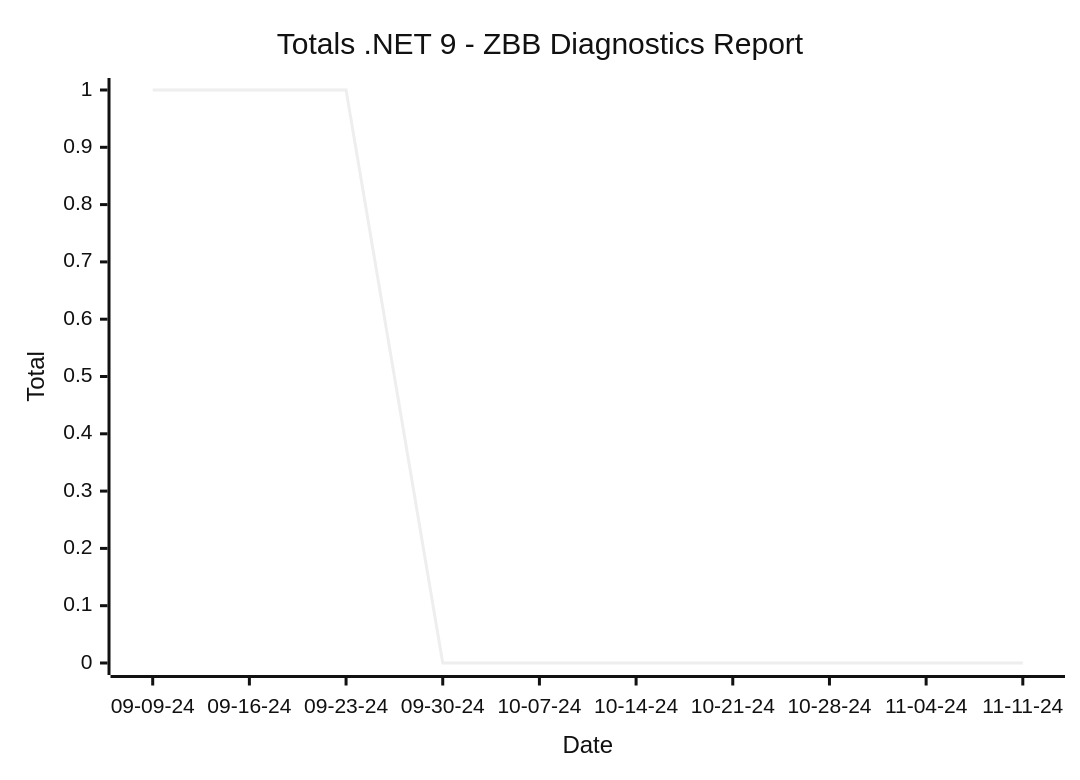
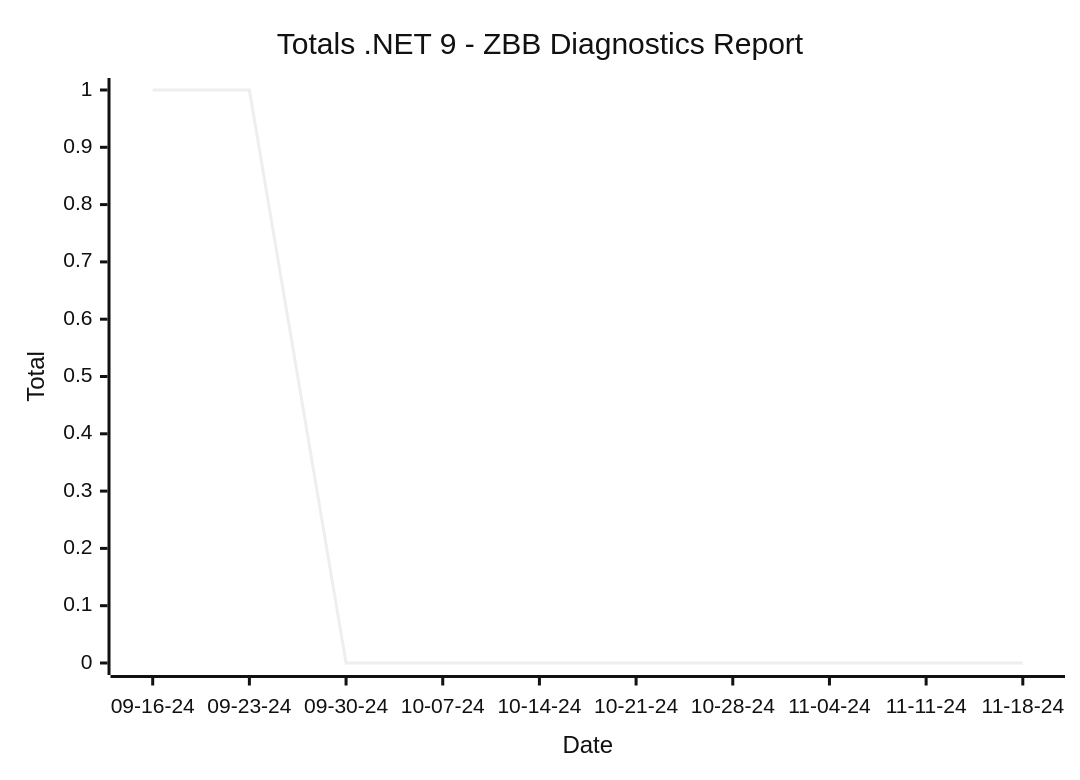
The second of 2 diagrams in reports/README.md (hoyosjs/gh-issue-tracker), drawn with Mermaid (neutral theme) before and after one commit. The commit also changed other lines of this file and 4 other files, not shown here.

````diff
--- a/reports/README.md
+++ b/reports/README.md
@@ -24,7 +24,7 @@
 ```mermaid
 xychart-beta
   title "Totals .NET 9 - ZBB Diagnostics Report"
-  x-axis "Date" ["09-09-24", "09-16-24", "09-23-24", "09-30-24", "10-07-24", "10-14-24", "10-21-24", "10-28-24", "11-04-24", "11-11-24"]
+  x-axis "Date" ["09-16-24", "09-23-24", "09-30-24", "10-07-24", "10-14-24", "10-21-24", "10-28-24", "11-04-24", "11-11-24", "11-18-24"]
   y-axis "Total"
-  line [1, 1, 1, 0, 0, 0, 0, 0, 0, 0]
+  line [1, 1, 0, 0, 0, 0, 0, 0, 0, 0]
 ```
````
